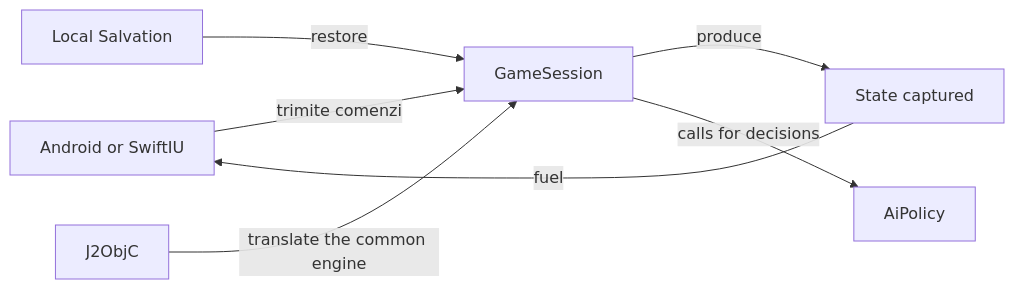
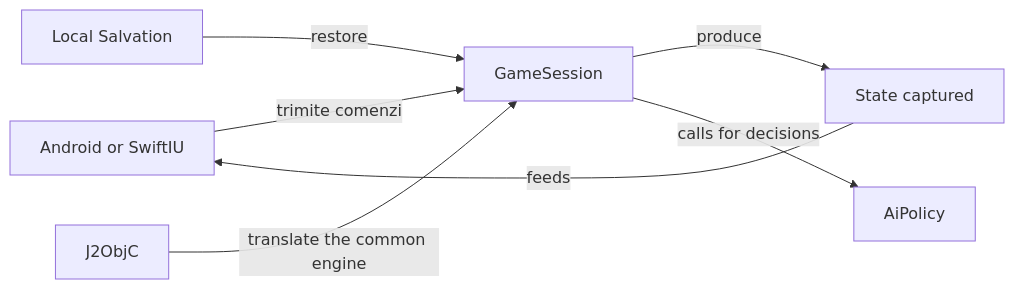
Before and after one commit to crististefanita/atf_j4: the diagram in whist-lab-app/README.md, drawn with Mermaid. The commit also changed other lines of this file and 84 other files, not shown here.

````diff
--- a/whist-lab-app/README.md
+++ b/whist-lab-app/README.md
@@ -41,9 +41,9 @@
 ```mermaid
 flowchart LR
 UI[Android or SwiftIU] -->|trimite comenzi| SESSION[GameSession]
 SESSION -->|produce| VIEW[State captured]
-VIEW -->|fuel| UI
+VIEW -->|feeds| UI
 SESSION -->|calls for decisions| AI[AiPolicy]
 STORE[Local Salvation] -->|restore| SESSION
 IOS[J2ObjC] -->|translate the common engine| SESSION
 ```
````
